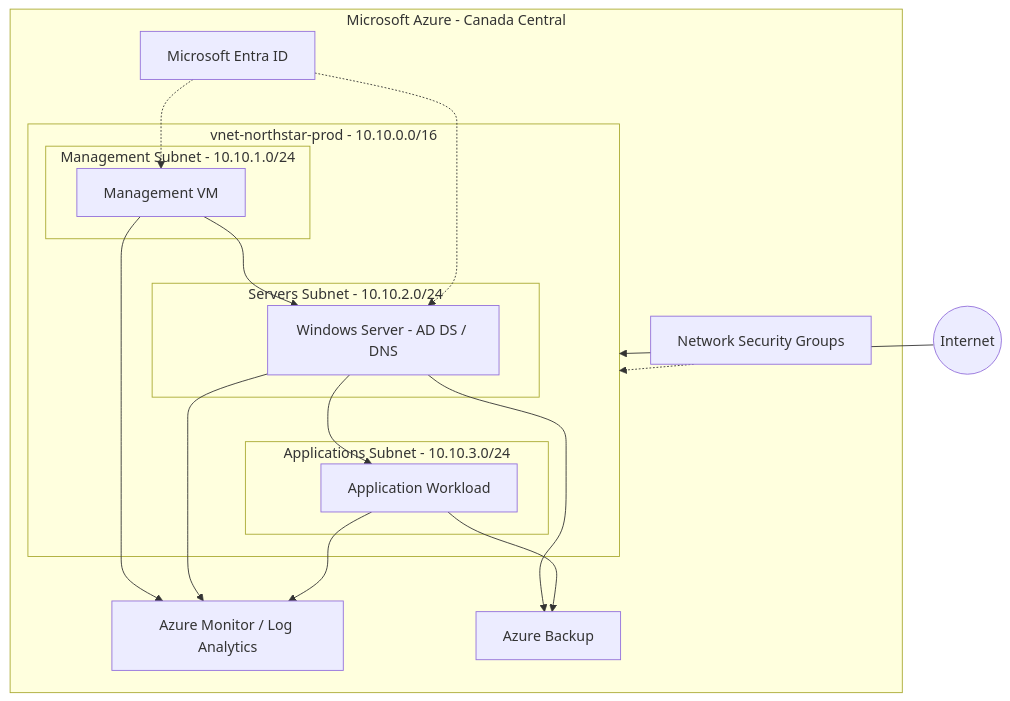
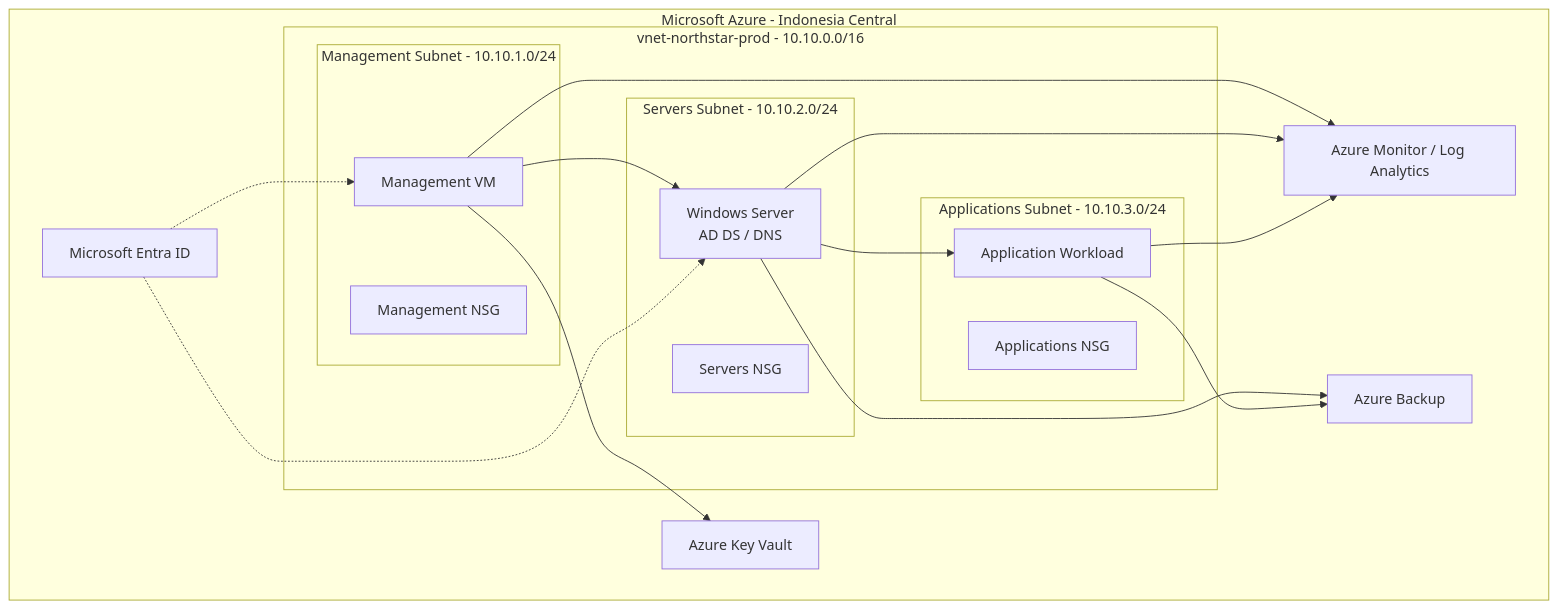
Before and after one commit to umertanvier/enterprise-azure-cloud-operations: the second of 2 diagrams in architecture/architecture-diagram.md, drawn with Mermaid. The commit also changed other lines of this file, not shown here.

First line of the commit message:
Update Azure architecture with deployed network foundation

````diff
--- a/architecture/architecture-diagram.md
+++ b/architecture/architecture-diagram.md
@@ -9,38 +125,38 @@
 ```mermaid
 flowchart TB
-    Internet((Internet))
-
-    subgraph Azure["Microsoft Azure - Canada Central"]
+    subgraph Azure["Microsoft Azure - Indonesia Central"]
         subgraph VNet["vnet-northstar-prod - 10.10.0.0/16"]
 
             subgraph Management["Management Subnet - 10.10.1.0/24"]
                 Admin["Management VM"]
+                MNSG["Management NSG"]
             end
 
             subgraph Servers["Servers Subnet - 10.10.2.0/24"]
-                DC["Windows Server - AD DS / DNS"]
+                DC["Windows Server<br/>AD DS / DNS"]
+                SNSG["Servers NSG"]
             end
 
             subgraph Applications["Applications Subnet - 10.10.3.0/24"]
                 APP["Application Workload"]
+                ANSG["Applications NSG"]
             end
         end
 
         Identity["Microsoft Entra ID"]
         Monitor["Azure Monitor / Log Analytics"]
         Backup["Azure Backup"]
-        Security["Network Security Groups"]
+        KeyVault["Azure Key Vault"]
     end
 
-    Internet --> VNet
     Admin --> DC
     DC --> APP
     Identity -.-> Admin
     Identity -.-> DC
-    Security -.-> VNet
     Admin --> Monitor
     DC --> Monitor
     APP --> Monitor
     DC --> Backup
     APP --> Backup
+    Admin --> KeyVault
 ```
````
